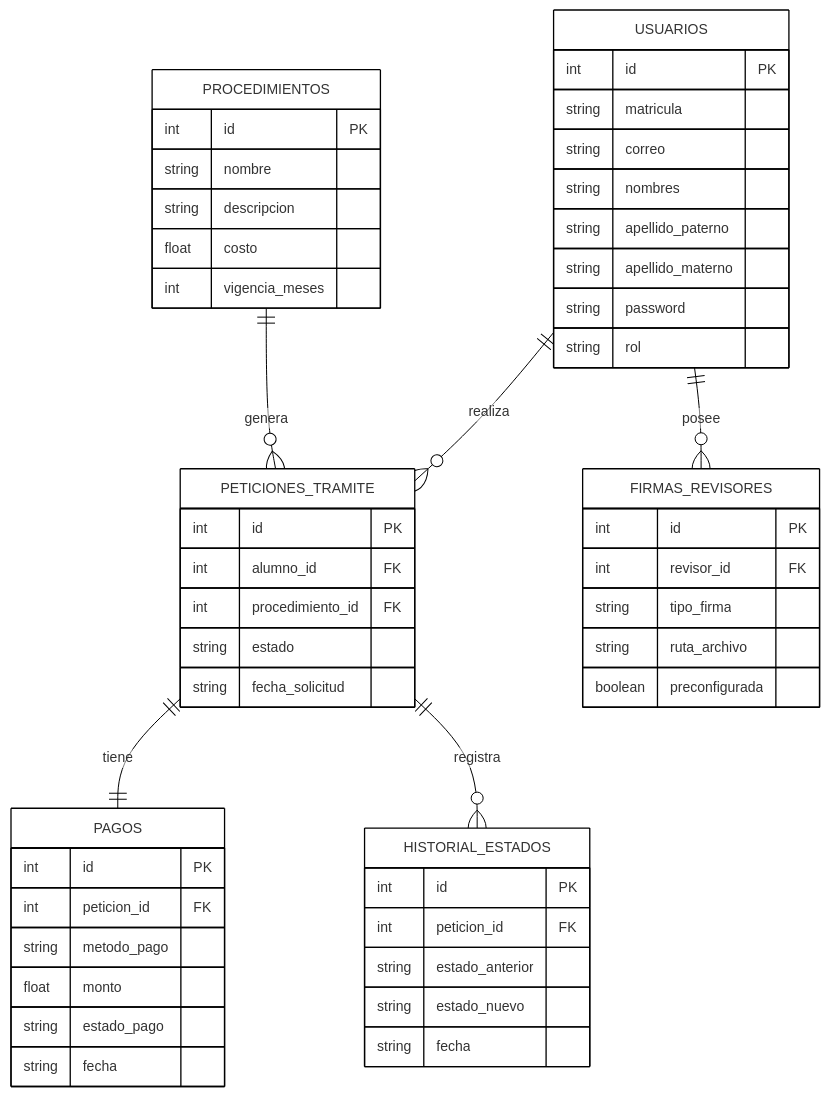
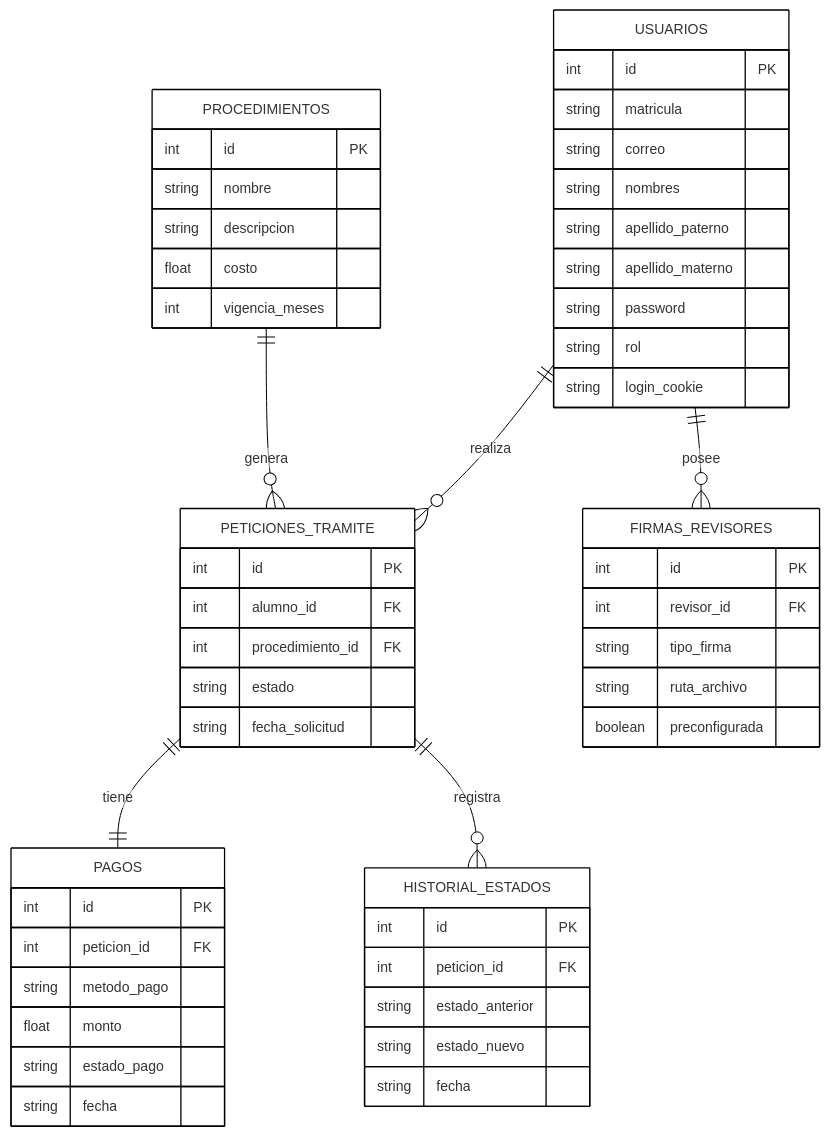
Before and after one commit to Emmanuel-Flores-Noh/SGACT: the diagram in docs/DiagramaER.mmd, drawn with Mermaid. The commit also changed 50 other files, not shown here.

```diff
--- a/docs/DiagramaER.mmd
+++ b/docs/DiagramaER.mmd
@@ -1,62 +1,63 @@
 ---
 config:
   theme: neo
 ---
 erDiagram
     USUARIOS {
         int id PK
         string matricula
         string correo
         string nombres
         string apellido_paterno
         string apellido_materno
         string password
         string rol
+        string login_cookie
     }
 
     PROCEDIMIENTOS {
         int id PK
         string nombre
         string descripcion
         float costo
         int vigencia_meses
     }
 
     PETICIONES_TRAMITE {
         int id PK
         int alumno_id FK
         int procedimiento_id FK
         string estado
         string fecha_solicitud
     }
 
     PAGOS {
         int id PK
         int peticion_id FK
         string metodo_pago
         float monto
         string estado_pago
         string fecha
     }
 
     FIRMAS_REVISORES {
         int id PK
         int revisor_id FK
         string tipo_firma
         string ruta_archivo
         boolean preconfigurada
     }
 
     HISTORIAL_ESTADOS {
         int id PK
         int peticion_id FK
         string estado_anterior
         string estado_nuevo
         string fecha
     }
 
     USUARIOS ||--o{ PETICIONES_TRAMITE : realiza
     PROCEDIMIENTOS ||--o{ PETICIONES_TRAMITE : genera
     PETICIONES_TRAMITE ||--|| PAGOS : tiene
     USUARIOS ||--o{ FIRMAS_REVISORES : posee
     PETICIONES_TRAMITE ||--o{ HISTORIAL_ESTADOS : registra
```
